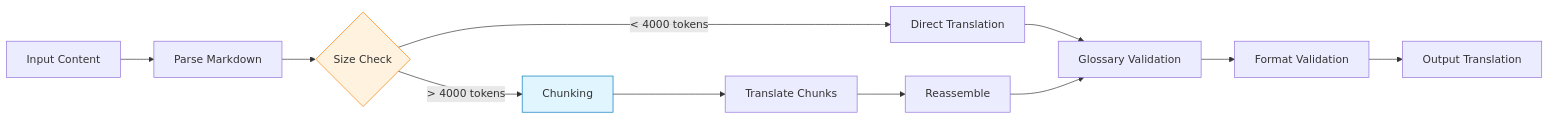
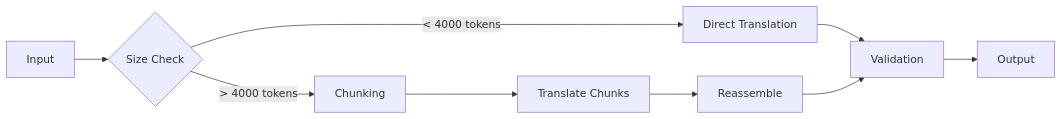
Before and after one commit to NivaldoFarias/translate-react: the third of 3 diagrams in docs/ARCHITECTURE.md, drawn with Mermaid. The commit also changed other lines of this file and 3 other files, not shown here.

````diff
--- a/docs/ARCHITECTURE.md
+++ b/docs/ARCHITECTURE.md
@@ -284,16 +137,11 @@
 ```mermaid
 graph LR
-    A[Input Content] --> B[Parse Markdown]
-    B --> C{Size Check}
-    C -->|< 4000 tokens| D[Direct Translation]
-    C -->|> 4000 tokens| E[Chunking]
-    E --> F[Translate Chunks]
-    F --> G[Reassemble]
-    D --> H[Glossary Validation]
-    G --> H
-    H --> I[Format Validation]
-    I --> J[Output Translation]
-
-    style C fill:#fff3e0,stroke:#f57c00
-    style E fill:#e1f5fe,stroke:#0277bd
+    A[Input] --> B{Size Check}
+    B -->|< 4000 tokens| C[Direct Translation]
+    B -->|> 4000 tokens| D[Chunking]
+    D --> E[Translate Chunks]
+    E --> F[Reassemble]
+    C --> G[Validation]
+    F --> G
+    G --> H[Output]
 ```
````
